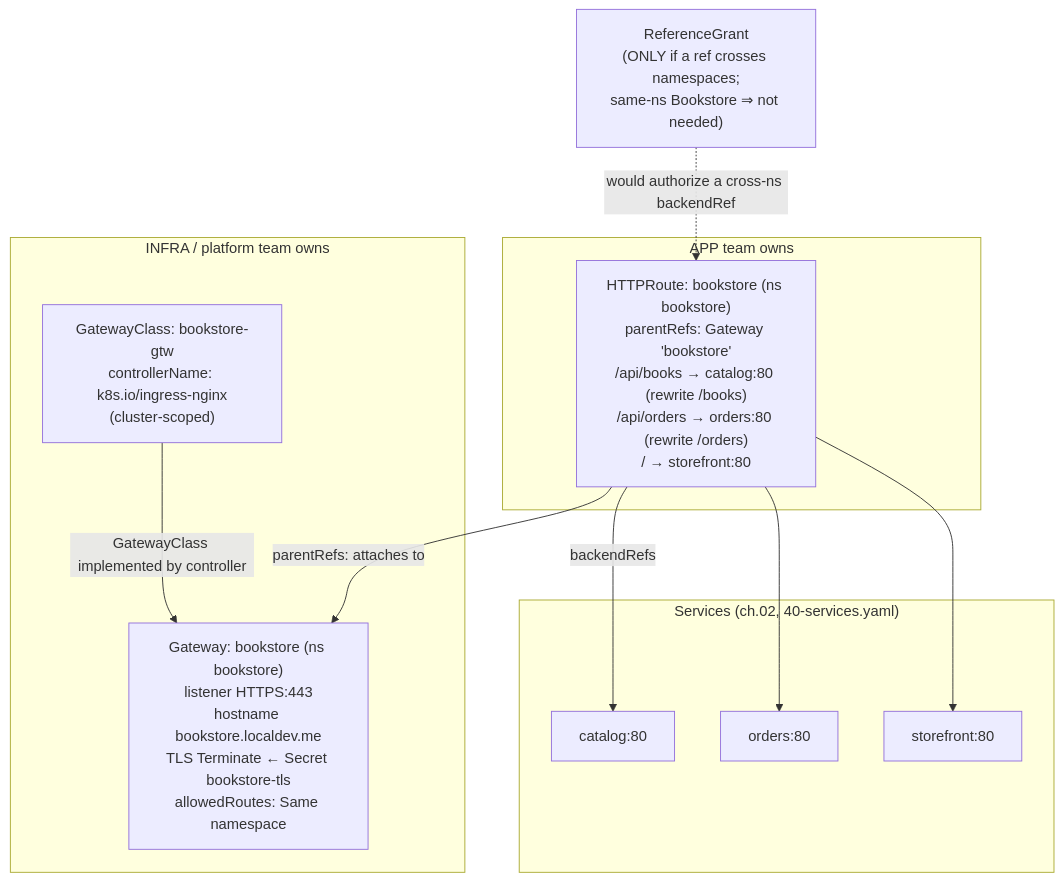
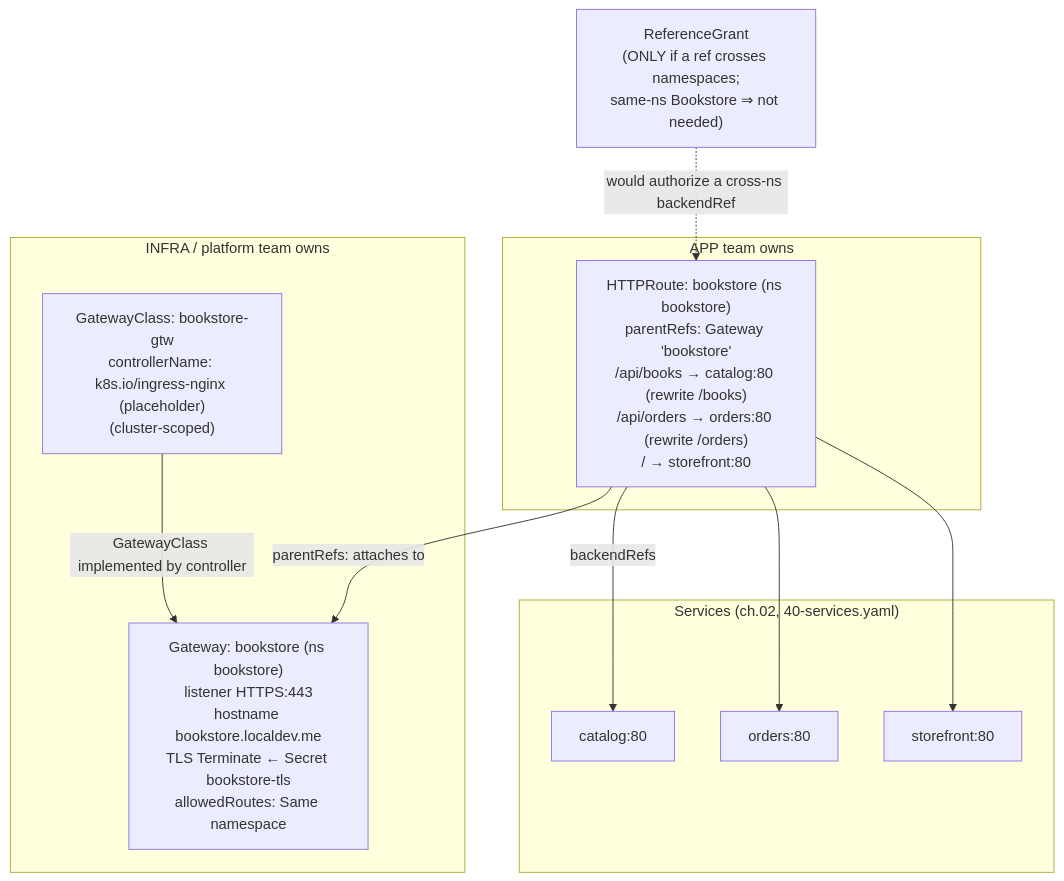
The diagram in full-guide/02-networking/05-gateway-api.md (abd-ulbasit/bookstore-kubernetes-guide), drawn with Mermaid before and after one commit. The commit also changed other lines of this file and 56 other files, not shown here.

````diff
--- a/full-guide/02-networking/05-gateway-api.md
+++ b/full-guide/02-networking/05-gateway-api.md
@@ -61,23 +61,23 @@
 ```mermaid
 flowchart TB
     subgraph infra["INFRA / platform team owns"]
-        gc["GatewayClass: bookstore-gtw<br/>controllerName: k8s.io/ingress-nginx<br/>(cluster-scoped)"]
+        gc["GatewayClass: bookstore-gtw<br/>controllerName: k8s.io/ingress-nginx (placeholder)<br/>(cluster-scoped)"]
         gw["Gateway: bookstore (ns bookstore)<br/>listener HTTPS:443<br/>hostname bookstore.localdev.me<br/>TLS Terminate ← Secret bookstore-tls<br/>allowedRoutes: Same namespace"]
     end
     subgraph app["APP team owns"]
         hr["HTTPRoute: bookstore (ns bookstore)<br/>parentRefs: Gateway 'bookstore'<br/>/api/books → catalog:80 (rewrite /books)<br/>/api/orders → orders:80 (rewrite /orders)<br/>/ → storefront:80"]
     end
     subgraph svcs["Services (ch.02, 40-services.yaml)"]
         sc["catalog:80"]
         so["orders:80"]
         ss["storefront:80"]
     end
     rg["ReferenceGrant<br/>(ONLY if a ref crosses namespaces;<br/>same-ns Bookstore ⇒ not needed)"]
 
     gc -->|"GatewayClass implemented by controller"| gw
     hr -->|"parentRefs: attaches to"| gw
     hr -->|backendRefs| sc
     hr --> so
     hr --> ss
     rg -.->|"would authorize a cross-ns backendRef"| hr
 ```
````
